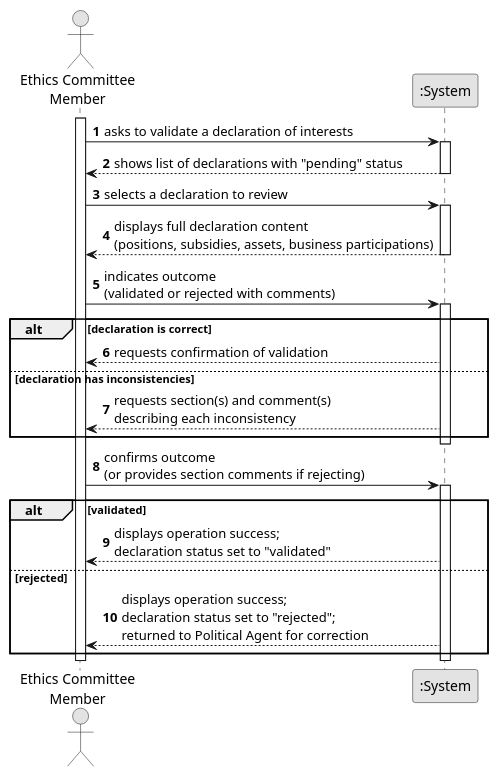
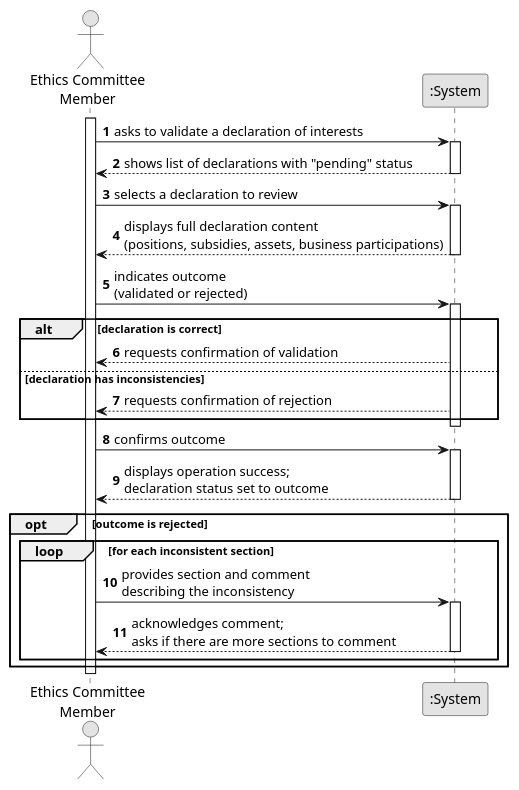
One commit to brunodspinto/crystal-clear-platform changed the diagram in docs/system-documentation/US08/01.requirements-engineering/puml/US08-SSD.puml. Above: the diagram before and after it, drawn with PlantUML. The commit also changed 13 other files, not shown here.

```diff
--- a/docs/system-documentation/US08/01.requirements-engineering/puml/US08-SSD.puml
+++ b/docs/system-documentation/US08/01.requirements-engineering/puml/US08-SSD.puml
@@ -1,47 +1,51 @@
 @startuml
 skinparam monochrome true
 skinparam packageStyle rectangle
 skinparam shadowing false
 
 autonumber
 
 actor "Ethics Committee\nMember" as Member
 participant ":System" as System
 
 activate Member
 
     Member -> System : asks to validate a declaration of interests
     activate System
 
         System --> Member : shows list of declarations with "pending" status
     deactivate System
 
     Member -> System : selects a declaration to review
     activate System
 
         System --> Member : displays full declaration content\n(positions, subsidies, assets, business participations)
     deactivate System
 
-    Member -> System : indicates outcome\n(validated or rejected with comments)
+    Member -> System : indicates outcome\n(validated or rejected)
     activate System
 
         alt declaration is correct
             System --> Member : requests confirmation of validation
         else declaration has inconsistencies
-            System --> Member : requests section(s) and comment(s)\ndescribing each inconsistency
+            System --> Member : requests confirmation of rejection
         end
     deactivate System
 
-    Member -> System : confirms outcome\n(or provides section comments if rejecting)
+    Member -> System : confirms outcome
     activate System
+        System --> Member : displays operation success;\ndeclaration status set to outcome
+    deactivate System
 
-        alt validated
-            System --> Member : displays operation success;\ndeclaration status set to "validated"
-        else rejected
-            System --> Member : displays operation success;\ndeclaration status set to "rejected";\nreturned to Political Agent for correction
+    opt outcome is rejected
+        loop for each inconsistent section
+            Member -> System : provides section and comment\ndescribing the inconsistency
+            activate System
+                System --> Member : acknowledges comment;\nasks if there are more sections to comment
+            deactivate System
         end
-    deactivate System
+    end
 
 deactivate Member
 
 @enduml
```
